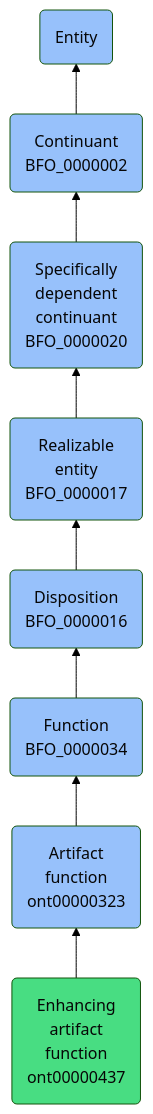
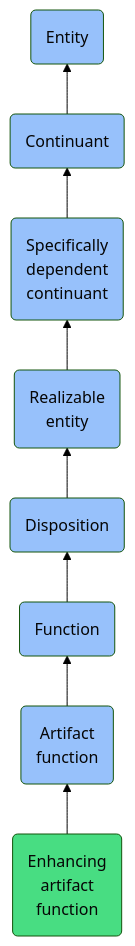
The diagram in docs/ontology/reference/model/Entity/Continuant/Specifically dependent continuant/Realizable entity/Disposition/Function/Artifact function/Enhancing artifact function/Enhancing artifact function.md (jupyter-naas/abi), drawn with Mermaid (forest theme) before and after one commit. The commit also changed other lines of this file and 1430 other files, not shown here.

````diff
--- a/docs/ontology/reference/model/Entity/Continuant/Specifically dependent continuant/Realizable entity/Disposition/Function/Artifact function/Enhancing artifact function/Enhancing artifact function.md
+++ b/docs/ontology/reference/model/Entity/Continuant/Specifically dependent continuant/Realizable entity/Disposition/Function/Artifact function/Enhancing artifact function/Enhancing artifact function.md
@@ -24,15 +24,15 @@
 ```mermaid
 graph BT
-    ont00000437(Enhancing<br>artifact<br>function<br>ont00000437):::ABI-->ont00000323
-    ont00000323(Artifact<br>function<br>ont00000323):::BFO-->BFO_0000034
-    BFO_0000034(Function<br>BFO_0000034):::BFO-->BFO_0000016
-    BFO_0000016(Disposition<br>BFO_0000016):::BFO-->BFO_0000017
-    BFO_0000017(Realizable<br>entity<br>BFO_0000017):::BFO-->BFO_0000020
-    BFO_0000020(Specifically<br>dependent<br>continuant<br>BFO_0000020):::BFO-->BFO_0000002
-    BFO_0000002(Continuant<br>BFO_0000002):::BFO-->BFO_0000001
+    ont00000437(Enhancing<br>artifact<br>function):::ABI-->ont00000323
+    ont00000323(Artifact<br>function):::BFO-->BFO_0000034
+    BFO_0000034(Function):::BFO-->BFO_0000016
+    BFO_0000016(Disposition):::BFO-->BFO_0000017
+    BFO_0000017(Realizable<br>entity):::BFO-->BFO_0000020
+    BFO_0000020(Specifically<br>dependent<br>continuant):::BFO-->BFO_0000002
+    BFO_0000002(Continuant):::BFO-->BFO_0000001
     BFO_0000001(Entity):::BFO
     
     classDef BFO fill:#97c1fb,color:#060606
     classDef CCO fill:#e4c51e,color:#060606
     classDef ABI fill:#48DD82,color:#060606
 ```
````
